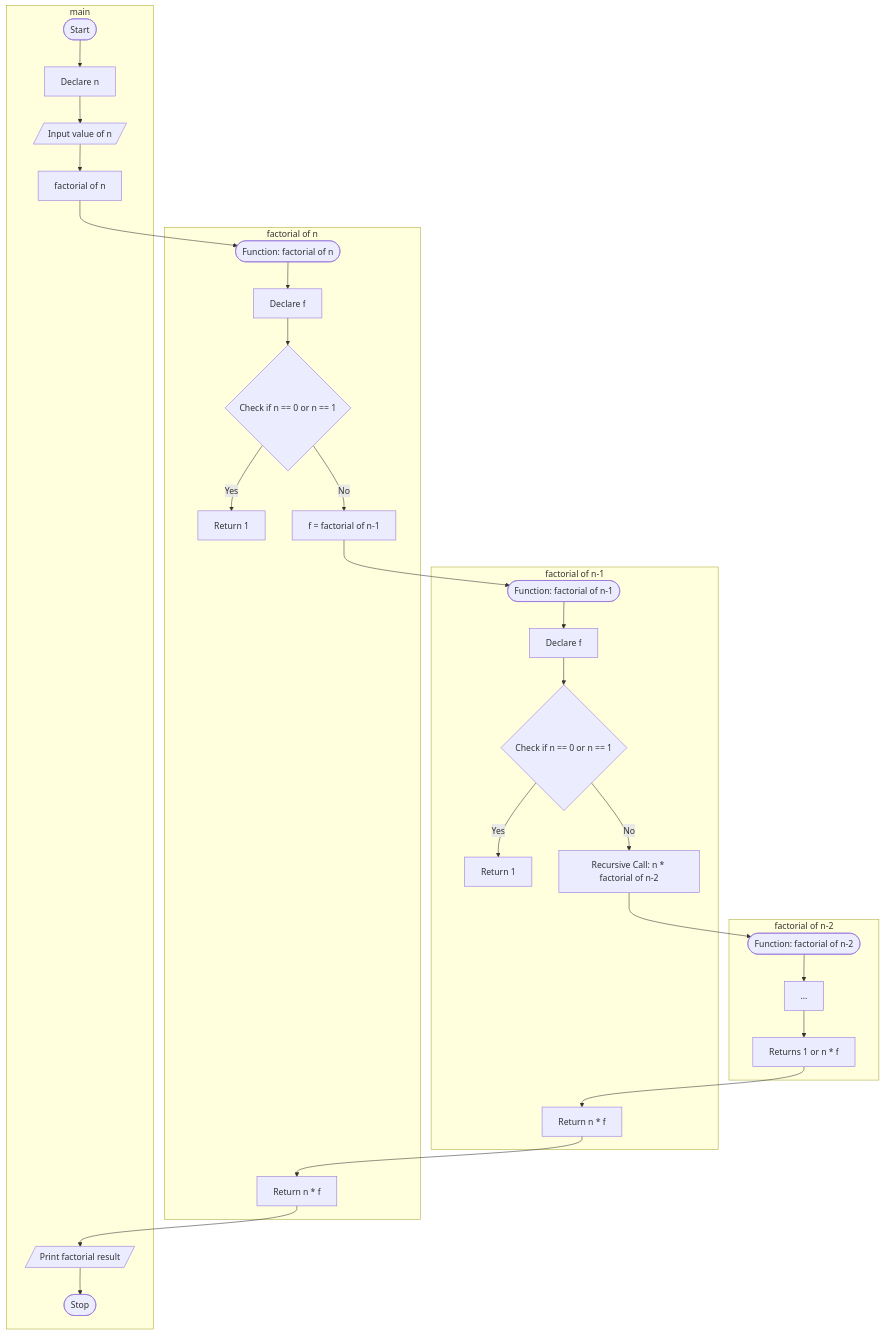
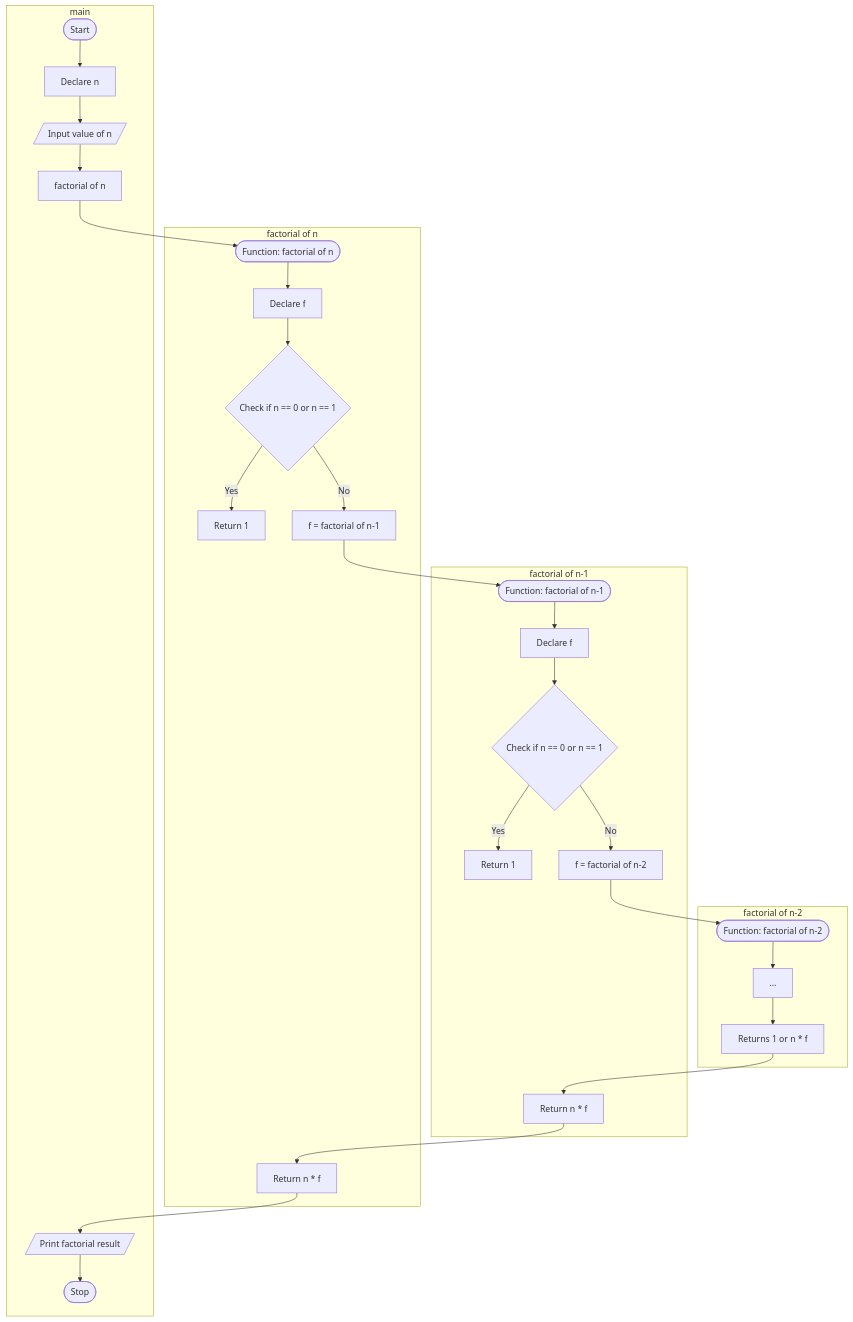
One commit to Vinit-source/Programming-for-problem-solving changed the second of 2 diagrams in PR/P8 - Recursion.md. Above: the diagram before and after it, drawn with Mermaid. The commit also changed other lines of this file, not shown here.

````diff
--- a/PR/P8 - Recursion.md
+++ b/PR/P8 - Recursion.md
@@ -47,34 +47,34 @@
 ```mermaid
 flowchart TD;
 subgraph ide3["factorial of n-2"]
 	funcStart3([Function: factorial of n-2])
 	funcStart3 --> A3[...];
 	A3 --> E3[Returns 1 or n * f];
 end
 subgraph ide2["factorial of n-1"]
 	    funcStart2([Function: factorial of n-1])
         funcStart2 --> A2[Declare f];
         A2 --> B2{Check if n == 0 or n == 1};
         B2 -- Yes --> C2[Return 1];
-        B2 -- No --> D2["Recursive Call: n * factorial of n-2"];
+        B2 -- No --> D2["f = factorial of n-2"];
         D2 --> funcStart3;
         E3 --> E2[Return n * f];
  end
  subgraph ide1["factorial of n"]
 		funcStart([Function: factorial of n]);
         funcStart --> A1[Declare f];
         A1 --> B1{Check if n == 0 or n == 1};
         B1 -- Yes --> C1[Return 1];
         B1 -- No --> D1["f = factorial of n-1"];
         D1 --> funcStart2
         E2 --> E1[Return n * f];
     end
 subgraph main
 	Start([Start]) --> B[Declare n];
     B --> C[/Input value of n/];
     C --> D[factorial of n]
     D --> funcStart
     E1 -->  E[/Print factorial result/];
     E --> F([Stop]);
    end
 ```
````
